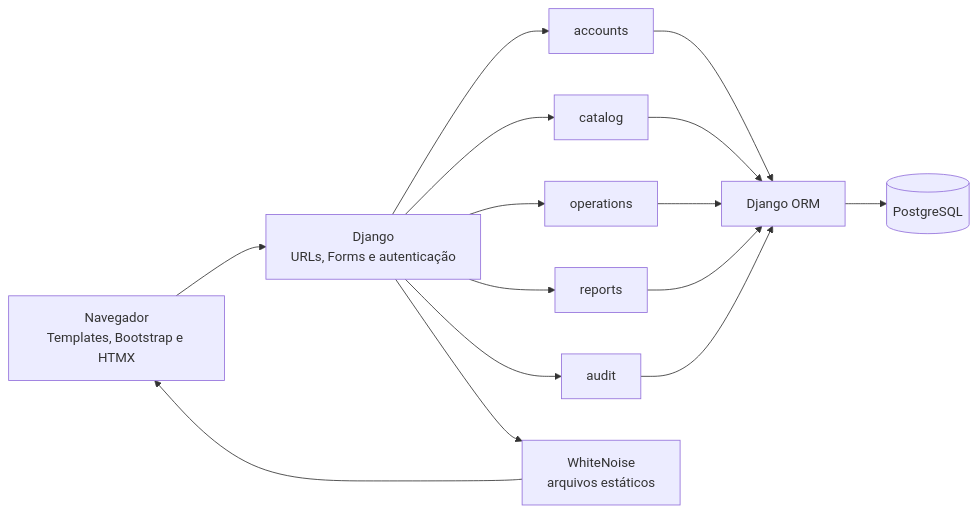
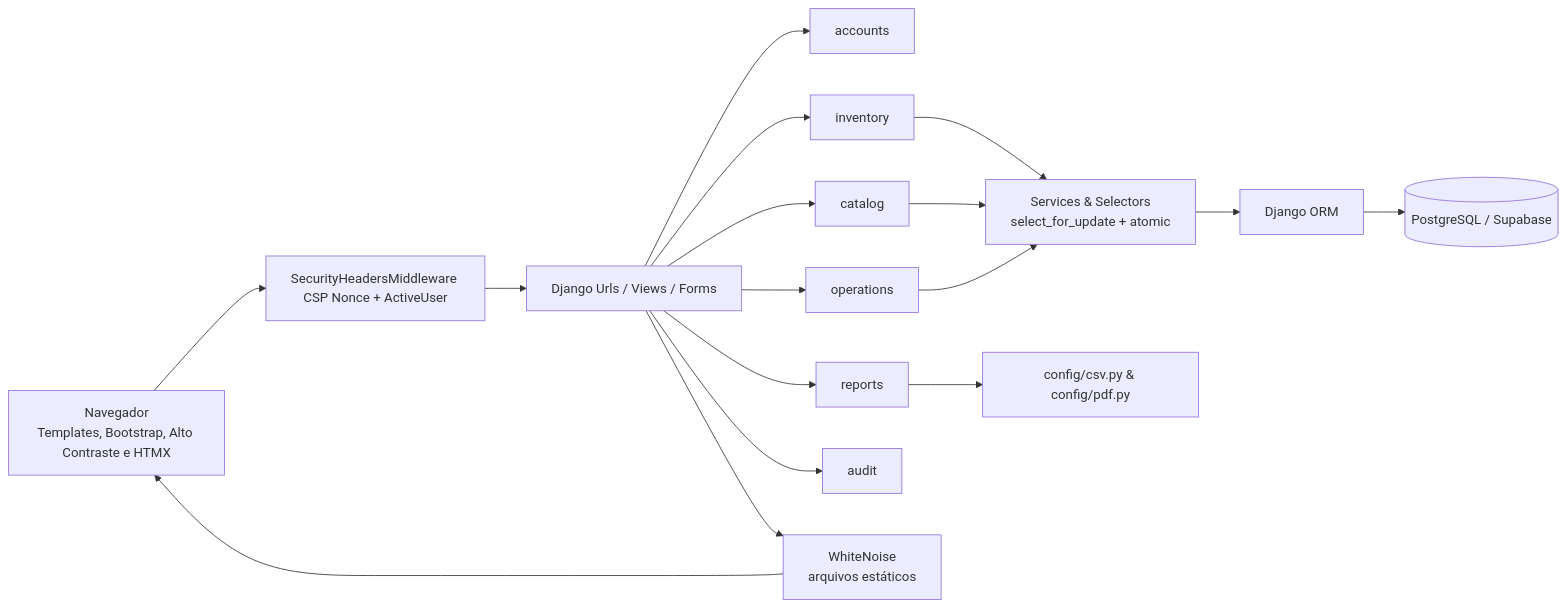
The diagram in README.md (RMBarros-Dev/Olokuti-Digital), drawn with Mermaid before and after one commit. The commit also changed other lines of this file and 30 other files, not shown here.

Commit message:
feat(i18n,a11y,docs): add en-IN & updated translations, high contrast w/ CSP nonce, cache config, CI checks, and runbook docs

````diff
--- a/README.md
+++ b/README.md
@@ -67,17 +69,19 @@
 ```mermaid
 flowchart LR
-    Browser[Navegador<br/>Templates, Bootstrap e HTMX] --> Django[Django<br/>URLs, Forms e autenticação]
+    Browser[Navegador<br/>Templates, Bootstrap, Alto Contraste e HTMX] --> Middleware[SecurityHeadersMiddleware CSP Nonce + ActiveUser]
+    Middleware --> Django[Django Urls / Views / Forms]
     Django --> Accounts[accounts]
     Django --> Catalog[catalog]
+    Django --> Inventory[inventory]
     Django --> Operations[operations]
     Django --> Reports[reports]
     Django --> Audit[audit]
-    Accounts --> ORM[Django ORM]
-    Catalog --> ORM
-    Operations --> ORM
-    Reports --> ORM
-    Audit --> ORM
-    ORM --> PostgreSQL[(PostgreSQL)]
+    Inventory --> Services[Services & Selectors<br/>select_for_update + atomic]
+    Catalog --> Services
+    Operations --> Services
+    Reports --> PDF[config/csv.py & config/pdf.py]
+    Services --> ORM[Django ORM]
+    ORM --> PostgreSQL[(PostgreSQL / Supabase)]
     Django --> WhiteNoise[WhiteNoise<br/>arquivos estáticos]
     WhiteNoise --> Browser
 ```
````
